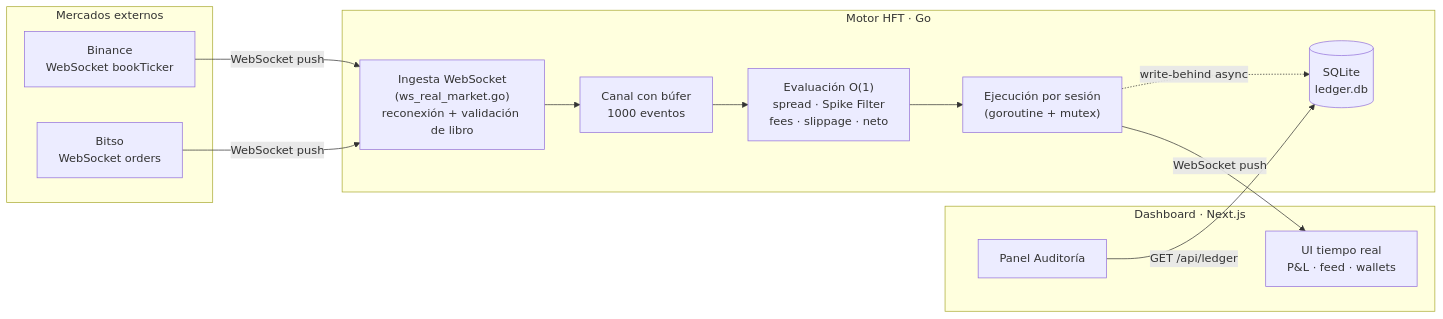
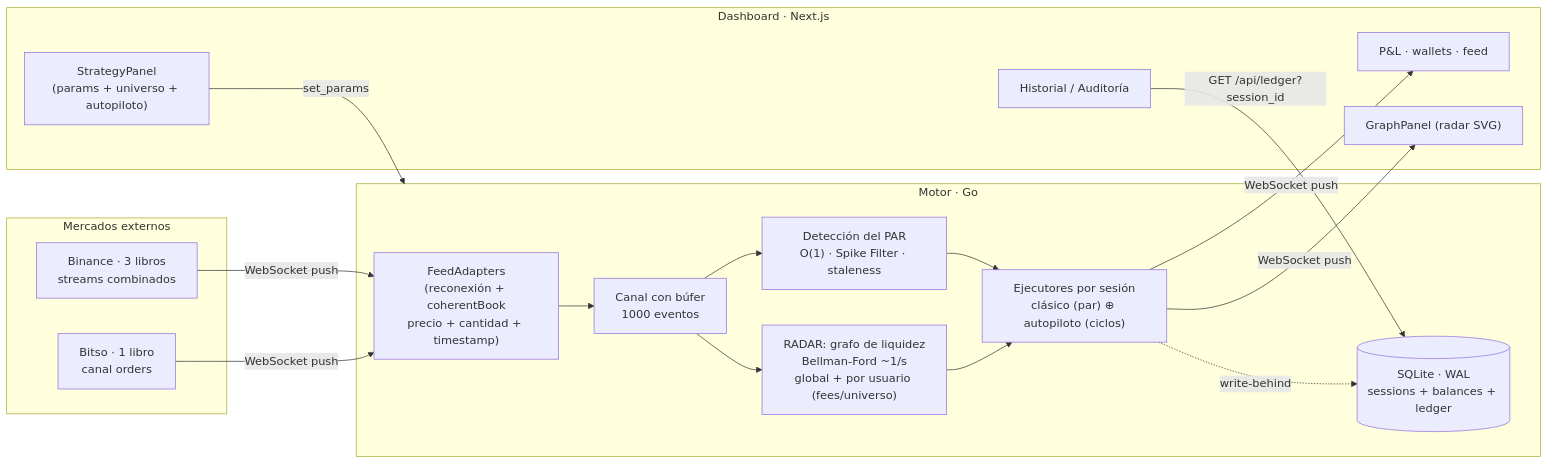
The diagram in README.md (d1512pb/Arus), drawn with Mermaid before and after one commit. The commit also changed other lines of this file, not shown here.

````diff
--- a/README.md
+++ b/README.md
@@ -214,25 +263,30 @@
 ```mermaid
 flowchart LR
     subgraph EXT["Mercados externos"]
-        BIN["Binance<br/>WebSocket bookTicker"]
-        BIT["Bitso<br/>WebSocket orders"]
+        BIN["Binance · 3 libros<br/>streams combinados"]
+        BIT["Bitso · 1 libro<br/>canal orders"]
     end
 
-    subgraph ENGINE["Motor HFT · Go"]
-        WS["Ingesta WebSocket<br/>(ws_real_market.go)<br/>reconexión + validación de libro"]
+    subgraph ENGINE["Motor · Go"]
+        WS["FeedAdapters<br/>(reconexión + coherentBook<br/>precio + cantidad + timestamp)"]
         CH["Canal con búfer<br/>1000 eventos"]
-        EVAL["Evaluación O(1)<br/>spread · Spike Filter<br/>fees · slippage · neto"]
-        EXEC["Ejecución por sesión<br/>(goroutine + mutex)"]
-        LEDGER[("SQLite<br/>ledger.db")]
+        EVAL["Detección del PAR<br/>O(1) · Spike Filter · staleness"]
+        GRAPH["RADAR: grafo de liquidez<br/>Bellman-Ford ~1/s<br/>global + por usuario (fees/universo)"]
+        EXEC["Ejecutores por sesión<br/>clásico (par) ⊕ autopiloto (ciclos)"]
+        DB[("SQLite · WAL<br/>sessions + balances + ledger")]
     end
 
     subgraph WEB["Dashboard · Next.js"]
-        UI["UI tiempo real<br/>P&L · feed · wallets"]
-        AUDIT["Panel Auditoría"]
+        UI["P&L · wallets · feed"]
+        RADAR["GraphPanel (radar SVG)"]
+        STRAT["StrategyPanel<br/>(params + universo + autopiloto)"]
+        AUDIT["Historial / Auditoría"]
     end
 
     BIN & BIT -->|WebSocket push| WS --> CH --> EVAL --> EXEC
-    EXEC -->|WebSocket push| UI
-    EXEC -.->|write-behind async| LEDGER
-    AUDIT -->|GET /api/ledger| LEDGER
+    CH --> GRAPH --> EXEC
+    EXEC -->|WebSocket push| UI & RADAR
+    STRAT -->|set_params| ENGINE
+    EXEC -.->|write-behind| DB
+    AUDIT -->|GET /api/ledger?session_id| DB
 ```
````
